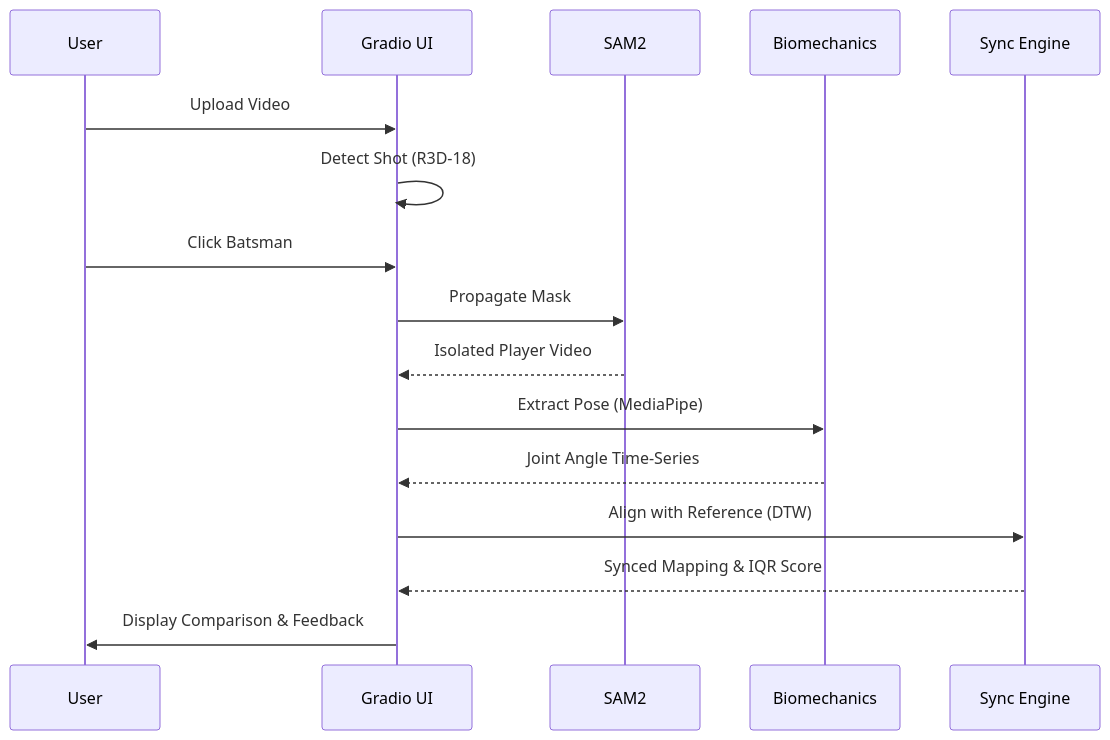
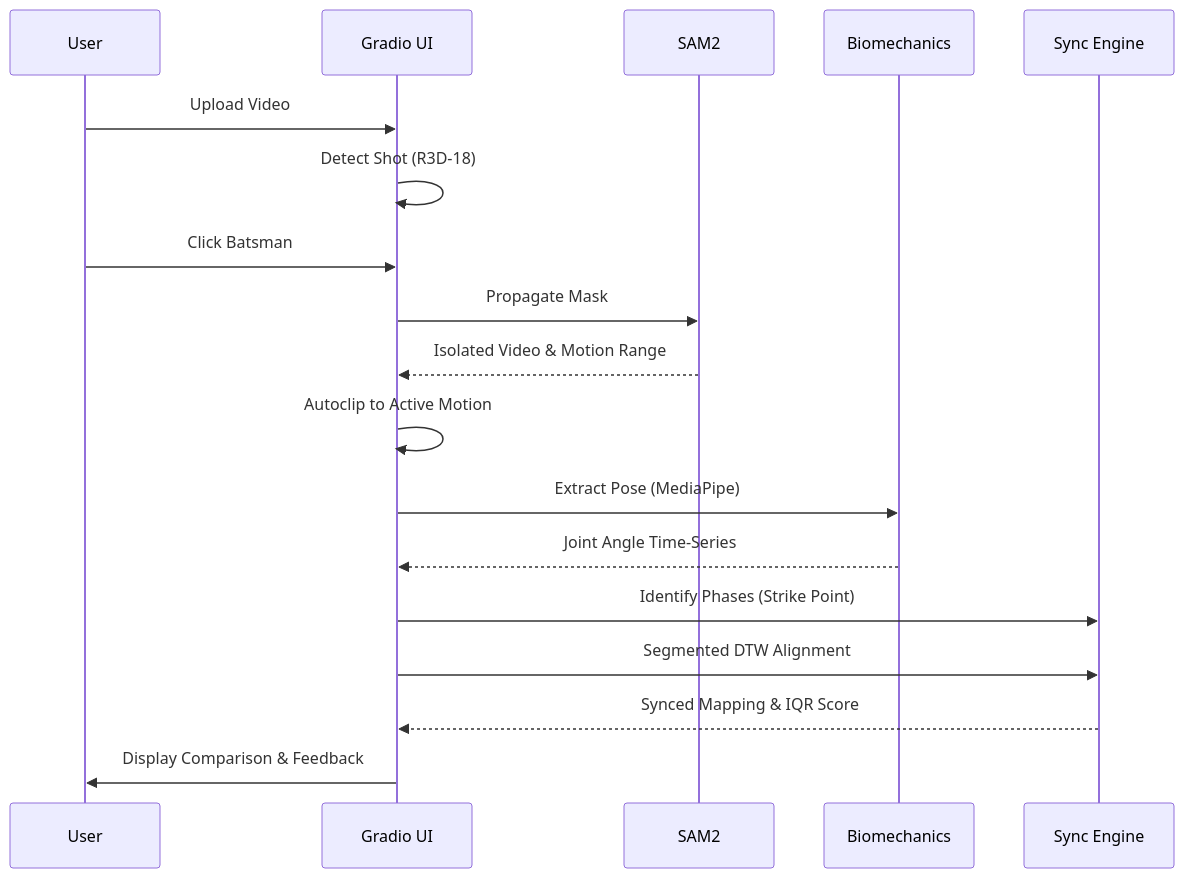
One commit to milansinghal2004/AthletiQ changed the second of 2 diagrams in README.md. Above: the diagram before and after it, drawn with Mermaid. The commit also changed other lines of this file, not shown here.

Commit message:
docs: update README with Segmented DTW, Autoclipping, and Phase Detection features

````diff
--- a/README.md
+++ b/README.md
@@ -42,19 +43,21 @@
 ```mermaid
 sequenceDiagram
     participant U as User
     participant G as Gradio UI
     participant S as SAM2
     participant B as Biomechanics
     participant SE as Sync Engine
 
     U->>G: Upload Video
     G->>G: Detect Shot (R3D-18)
     U->>G: Click Batsman
     G->>S: Propagate Mask
-    S-->>G: Isolated Player Video
+    S-->>G: Isolated Video & Motion Range
+    G->>G: Autoclip to Active Motion
     G->>B: Extract Pose (MediaPipe)
     B-->>G: Joint Angle Time-Series
-    G->>SE: Align with Reference (DTW)
+    G->>SE: Identify Phases (Strike Point)
+    G->>SE: Segmented DTW Alignment
     SE-->>G: Synced Mapping & IQR Score
     G->>U: Display Comparison & Feedback
 ```
````
